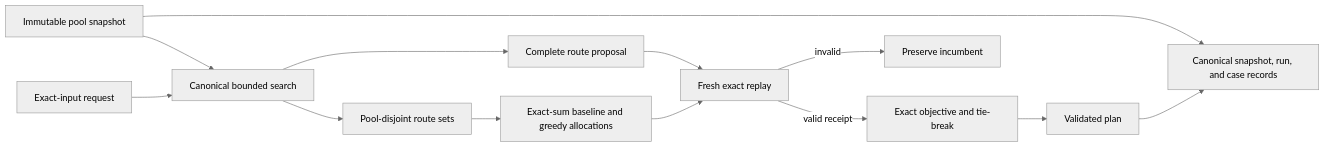
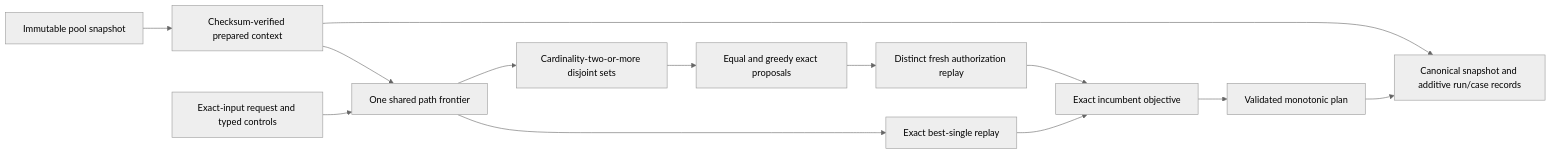
Before and after one commit to julienharbulot/routelab: the diagram in README.md, drawn with Mermaid (neutral theme). The commit also changed other lines of this file and 2 other files, not shown here.

Commit message:
RLT-056 Close composed split integration gate

````diff
--- a/README.md
+++ b/README.md
@@ -30,15 +34,15 @@
 ```mermaid
 flowchart LR
-    A[Immutable pool snapshot] --> C[Canonical bounded search]
-    B[Exact-input request] --> C
-    C --> D[Complete route proposal]
-    D --> E[Fresh exact replay]
-    E -->|valid receipt| F[Exact objective and tie-break]
-    F --> G[Validated plan]
-    E -->|invalid| H[Preserve incumbent]
-    A --> I[Canonical snapshot, run, and case records]
+    A[Immutable pool snapshot] --> P[Checksum-verified prepared context]
+    B[Exact-input request and typed controls] --> C[One shared path frontier]
+    P --> C
+    C --> D[Exact best-single replay]
+    C --> J[Cardinality-two-or-more disjoint sets]
+    J --> K[Equal and greedy exact proposals]
+    D --> F[Exact incumbent objective]
+    K --> E[Distinct fresh authorization replay]
+    E --> F
+    F --> G[Validated monotonic plan]
+    P --> I[Canonical snapshot and additive run/case records]
     G --> I
-    C --> J[Pool-disjoint route sets]
-    J --> K[Exact-sum baseline and greedy allocations]
-    K --> E
 ```
````
